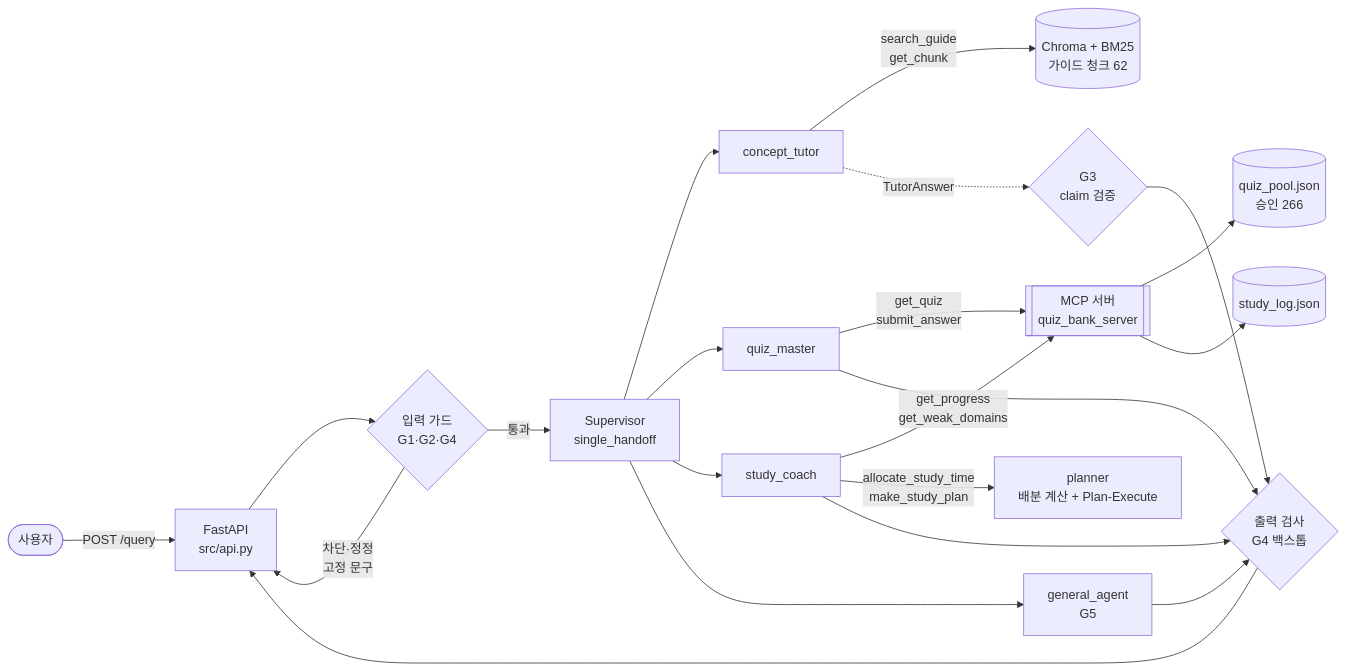
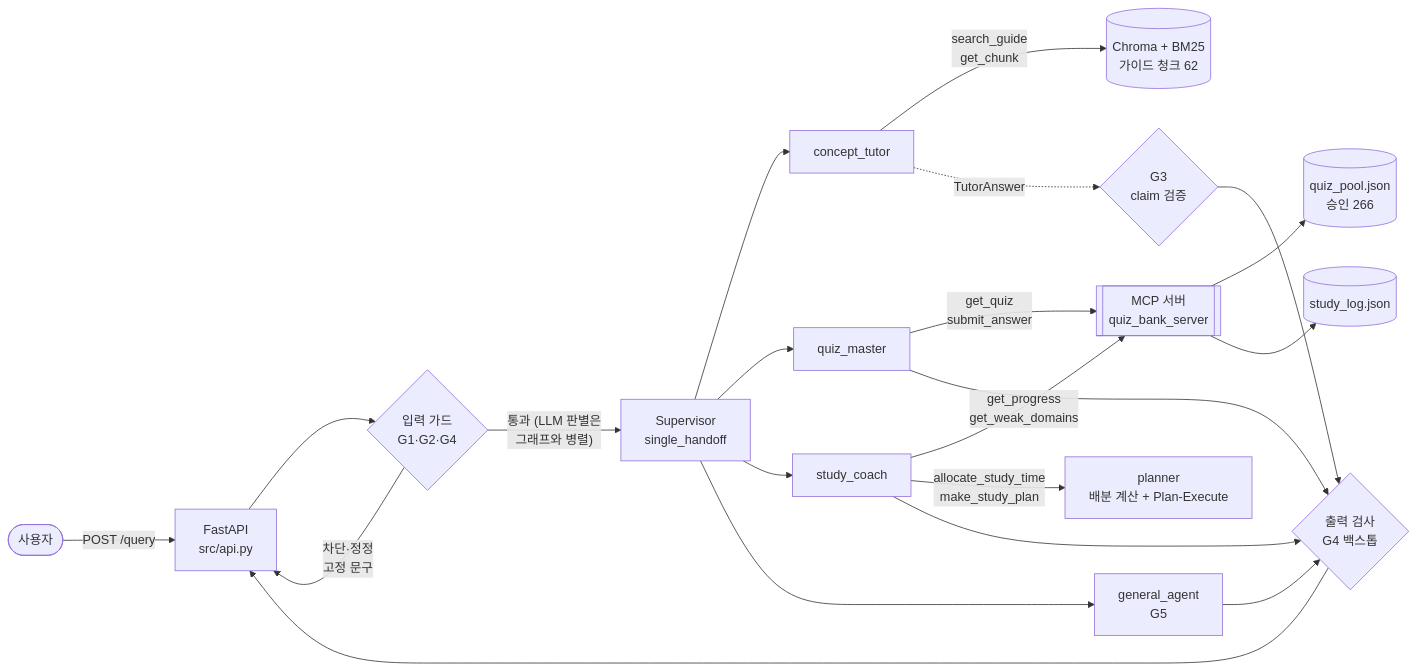
One commit to kainetic/ccaf-study-coach changed the diagram in README.md. Above: the diagram before and after it, drawn with Mermaid. The commit also changed other lines of this file and 3 other files, not shown here.

````diff
--- a/README.md
+++ b/README.md
@@ -25,23 +25,23 @@
 ```mermaid
 flowchart LR
     U([사용자]) -->|POST /query| API[FastAPI<br/>src/api.py]
     API --> IG{입력 가드<br/>G1·G2·G4}
     IG -->|차단·정정<br/>고정 문구| API
-    IG -->|통과| SUP[Supervisor<br/>single_handoff]
+    IG -->|"통과 (LLM 판별은<br/>그래프와 병렬)"| SUP[Supervisor<br/>single_handoff]
     SUP --> CT[concept_tutor]
     SUP --> QM[quiz_master]
     SUP --> SC[study_coach]
     SUP --> GA[general_agent<br/>G5]
     CT -->|search_guide<br/>get_chunk| RET[(Chroma + BM25<br/>가이드 청크 62)]
     CT -.->|TutorAnswer| G3{G3<br/>claim 검증}
     QM -->|get_quiz<br/>submit_answer| MCP[[MCP 서버<br/>quiz_bank_server]]
     SC -->|get_progress<br/>get_weak_domains| MCP
     SC -->|allocate_study_time<br/>make_study_plan| PL[planner<br/>배분 계산 + Plan-Execute]
     MCP --> POOL[(quiz_pool.json<br/>승인 266)]
     MCP --> LOG[(study_log.json)]
     G3 --> OC{출력 검사<br/>G4 백스톱}
     QM --> OC
     SC --> OC
     GA --> OC
     OC --> API
 ```
````
